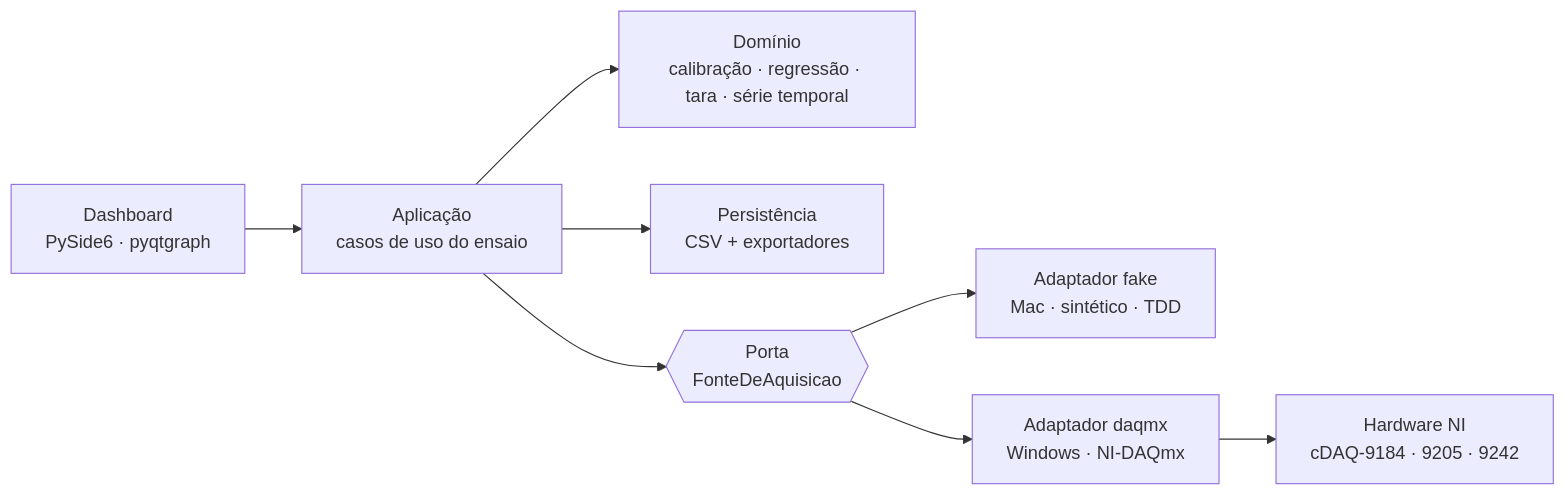
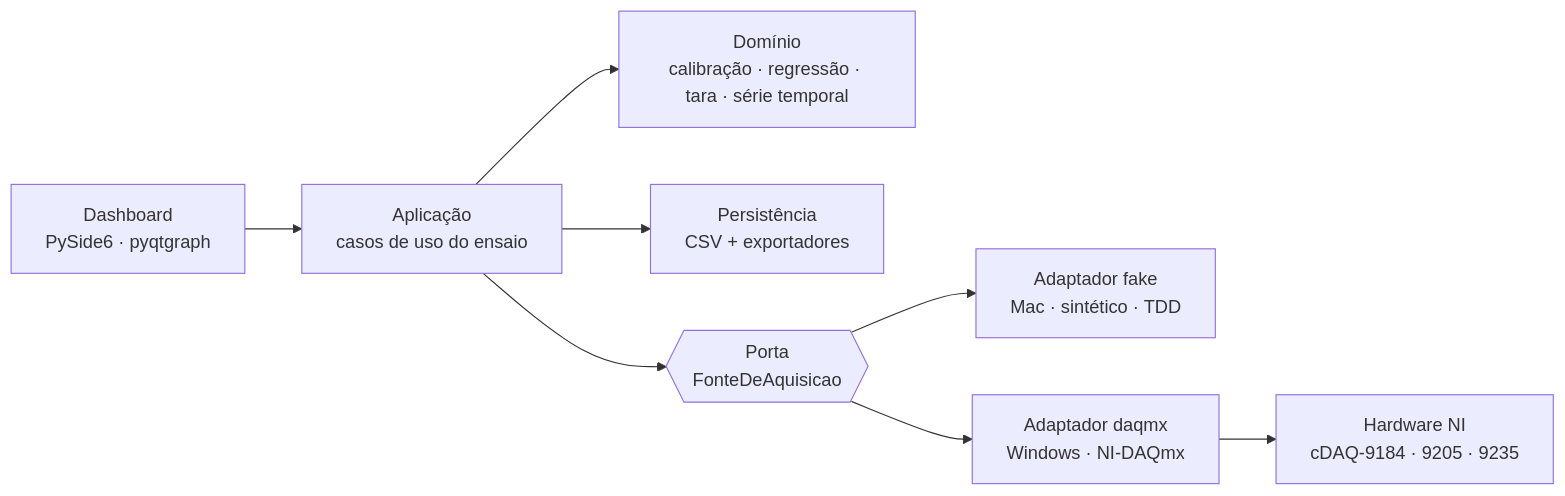
One commit to Carti011/ensaios-ni changed the diagram in README.md. Above: the diagram before and after it, drawn with Mermaid. The commit also changed other lines of this file and 12 other files, not shown here.

````diff
--- a/README.md
+++ b/README.md
@@ -44,18 +44,18 @@
 ```mermaid
 flowchart LR
     UI["Dashboard<br/>PySide6 · pyqtgraph"]
     APP["Aplicação<br/>casos de uso do ensaio"]
     DOM["Domínio<br/>calibração · regressão · tara · série temporal"]
     PER["Persistência<br/>CSV + exportadores"]
     PORTA{{"Porta<br/>FonteDeAquisicao"}}
     FAKE["Adaptador fake<br/>Mac · sintético · TDD"]
     DAQMX["Adaptador daqmx<br/>Windows · NI-DAQmx"]
-    HW["Hardware NI<br/>cDAQ-9184 · 9205 · 9242"]
+    HW["Hardware NI<br/>cDAQ-9184 · 9205 · 9235"]
 
     UI --> APP
     APP --> DOM
     APP --> PER
     APP --> PORTA
     PORTA --> FAKE
     PORTA --> DAQMX --> HW
 ```
````
